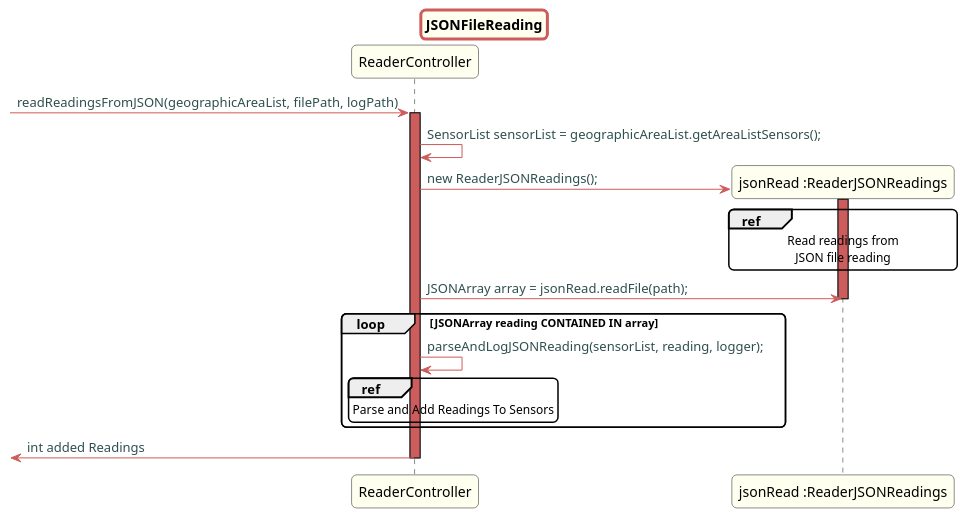
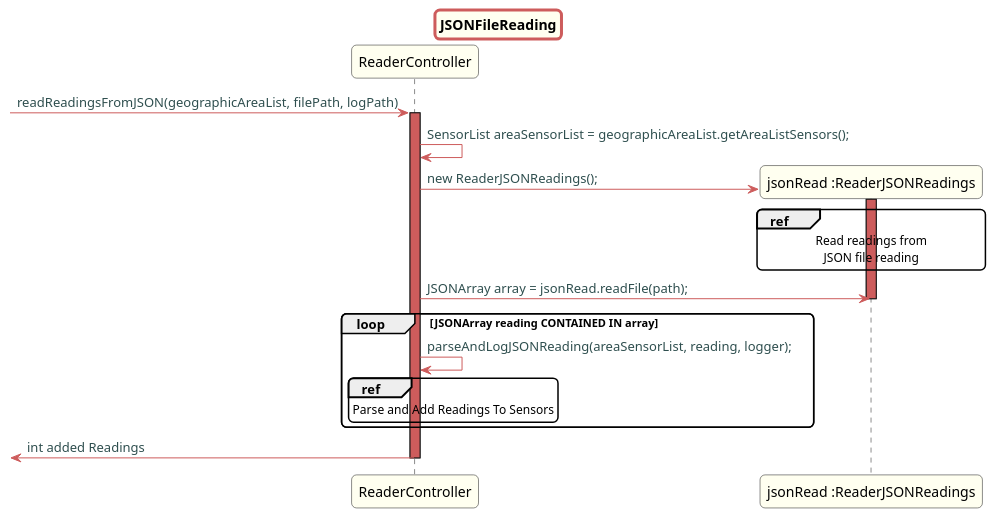
The diagram in src/doc/Controllers/HouseConfiguration/US20v2/JSON/JSONFileReading.puml (Almadanmp/project), drawn with PlantUML before and after one commit. The commit also changed 39 other files, not shown here.

Commit message:
REF#203 REF#197 renames SensorList to AreaSensorList

```diff
--- a/src/doc/Controllers/HouseConfiguration/US20v2/JSON/JSONFileReading.puml
+++ b/src/doc/Controllers/HouseConfiguration/US20v2/JSON/JSONFileReading.puml
@@ -1,56 +1,56 @@
 @startuml
 
 skinparam titleBorderRoundCorner 10
 skinparam titleBorderThickness 3
 skinparam titleBorderColor indianred
 skinparam titleBackgroundColor ivory
 skinparam FontName quicksand
 
 skinparam actor {
   BorderColor indianred
   }
 
 skinparam sequence {
   LifeLineBackgroundColor indianred
   ParticipantBackgroundColor ivory
 }
 
 skinparam roundcorner 10
 
 skinparam component {
   arrowThickness 1
   ArrowFontName Verdana
   ArrowColor indianred
   ArrowFontColor darkslategrey
 }
 
 
 
 title JSONFileReading
 -> ReaderController: readReadingsFromJSON(geographicAreaList, filePath, logPath)
 activate ReaderController
 
-ReaderController -> ReaderController: SensorList sensorList = geographicAreaList.getAreaListSensors();
+ReaderController -> ReaderController: SensorList areaSensorList = geographicAreaList.getAreaListSensors();
 create "jsonRead :ReaderJSONReadings"
 ReaderController -> "jsonRead :ReaderJSONReadings": new ReaderJSONReadings();
 activate "jsonRead :ReaderJSONReadings"
 ref over "jsonRead :ReaderJSONReadings"
 Read readings from
 JSON file reading
 end ref
 ReaderController -> "jsonRead :ReaderJSONReadings": JSONArray array = jsonRead.readFile(path);
 
 deactivate "jsonRead :ReaderJSONReadings"
 
 loop  JSONArray reading CONTAINED IN array
-ReaderController -> ReaderController: parseAndLogJSONReading(sensorList, reading, logger);
+ReaderController -> ReaderController: parseAndLogJSONReading(areaSensorList, reading, logger);
 ref over ReaderController
 Parse and Add Readings To Sensors
 end ref
 
 end
 
 <- ReaderController: int added Readings
 deactivate "ReaderController"
 
 @enduml
```
